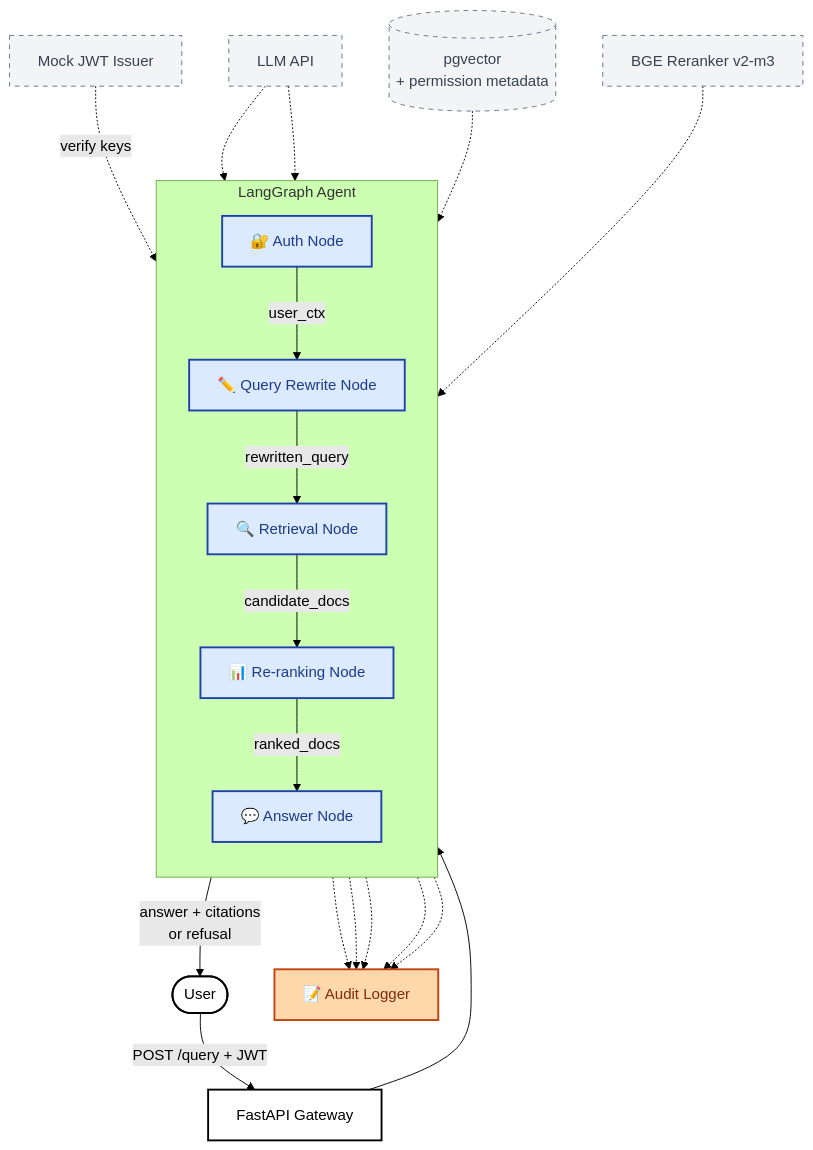
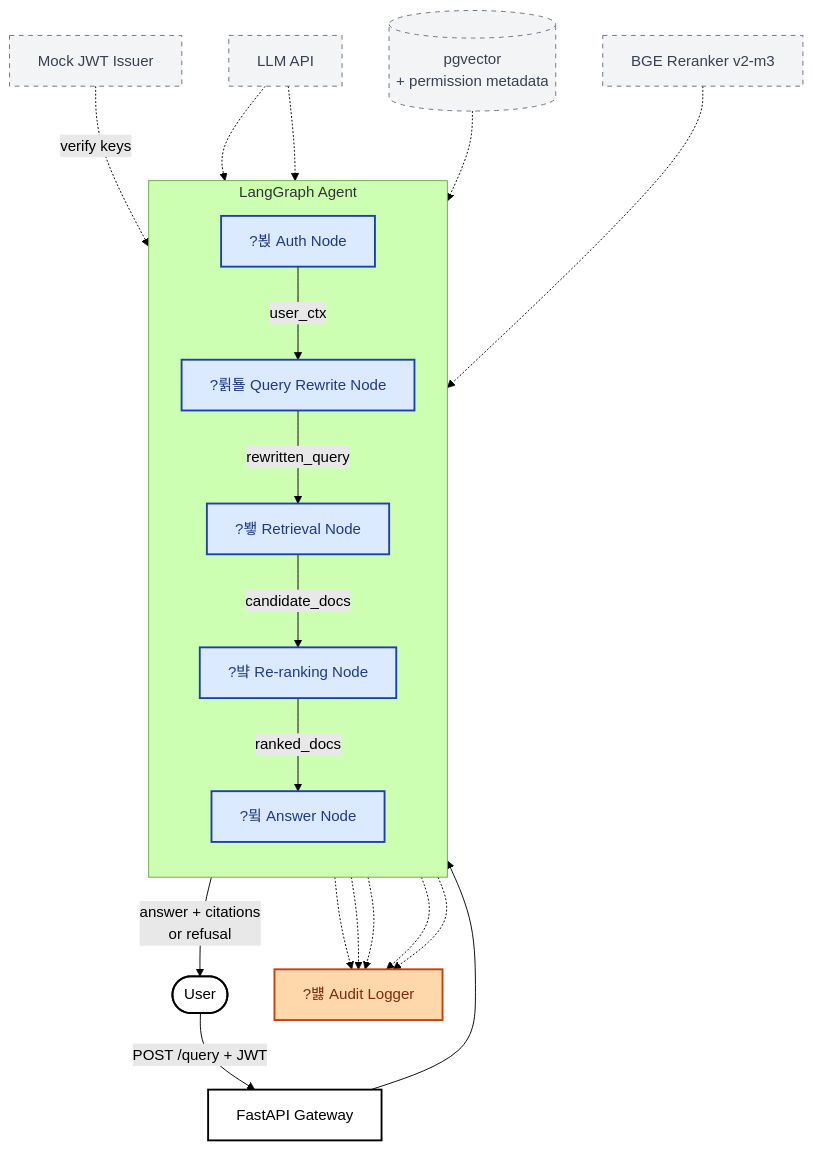
One commit to parkjongmin-ddam/permission-aware-rag changed the diagram in README.md. Above: the diagram before and after it, drawn with Mermaid (forest theme). The commit also changed other lines of this file, not shown here.

````diff
--- a/README.md
+++ b/README.md
@@ -32,38 +32,38 @@
 ```mermaid
 flowchart TD
     User([User])
     User -->|POST /query + JWT| FastAPI[FastAPI Gateway]
     FastAPI --> Auth
     Answer -->|answer + citations<br/>or refusal| User
 
     subgraph LangGraph["LangGraph Agent"]
         direction TB
-        Auth["🔐 Auth Node"] -->|user_ctx| QR["✏️ Query Rewrite Node"]
-        QR -->|rewritten_query| Retrieval["🔍 Retrieval Node"]
-        Retrieval -->|candidate_docs| Rerank["📊 Re-ranking Node"]
-        Rerank -->|ranked_docs| Answer["💬 Answer Node"]
+        Auth["?뵍 Auth Node"] -->|user_ctx| QR["?륅툘 Query Rewrite Node"]
+        QR -->|rewritten_query| Retrieval["?뵇 Retrieval Node"]
+        Retrieval -->|candidate_docs| Rerank["?뱤 Re-ranking Node"]
+        Rerank -->|ranked_docs| Answer["?뮠 Answer Node"]
     end
 
     Mock["Mock JWT Issuer"] -.->|verify keys| Auth
     LLM["LLM API"] -.-> QR
     LLM -.-> Answer
     PG[("pgvector<br/>+ permission metadata")] -.-> Retrieval
     BGE["BGE Reranker v2-m3"] -.-> Rerank
 
-    Audit["📝 Audit Logger"]
+    Audit["?뱷 Audit Logger"]
     Auth -.-> Audit
     QR -.-> Audit
     Retrieval -.-> Audit
     Rerank -.-> Audit
     Answer -.-> Audit
 
     classDef nodeStyle fill:#dbeafe,stroke:#1e40af,stroke-width:2px,color:#1e3a8a
     classDef externalStyle fill:#f3f4f6,stroke:#6b7280,stroke-width:1px,stroke-dasharray:5 5,color:#374151
     classDef auditStyle fill:#fed7aa,stroke:#c2410c,stroke-width:2px,color:#7c2d12
     classDef userStyle fill:#ffffff,stroke:#000000,stroke-width:2px,color:#000000
 
     class Auth,QR,Retrieval,Rerank,Answer nodeStyle
     class Mock,LLM,PG,BGE externalStyle
     class Audit auditStyle
     class User,FastAPI userStyle
 ```
````
